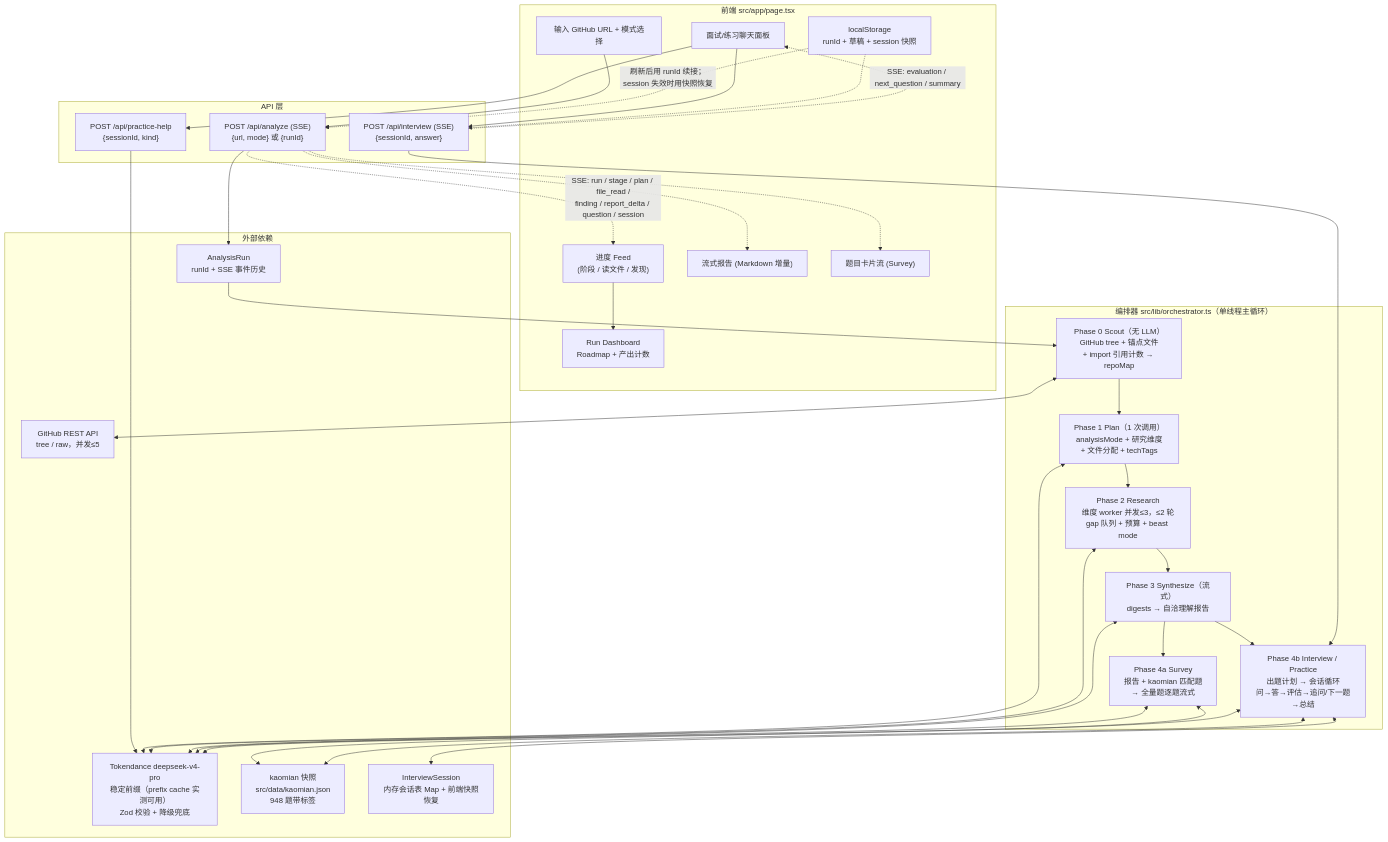
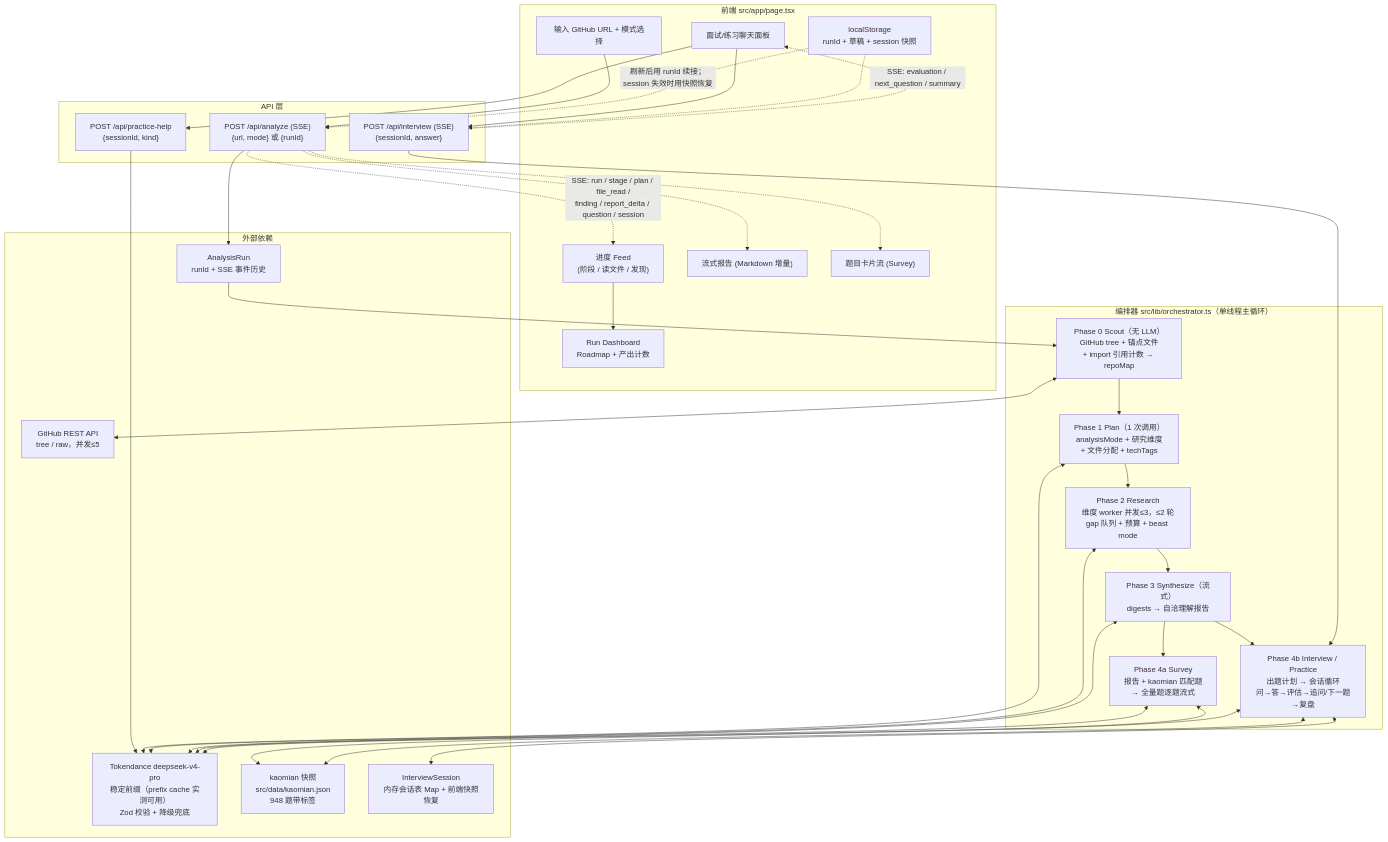
Before and after one commit to MistySun19/PKU-AI-Interviewer: the diagram in docs/ARCHITECTURE.md, drawn with Mermaid. The commit also changed other lines of this file and 8 other files, not shown here.

````diff
--- a/docs/ARCHITECTURE.md
+++ b/docs/ARCHITECTURE.md
@@ -13,59 +13,59 @@
 ```mermaid
 flowchart TD
     subgraph FE["前端 src/app/page.tsx"]
         INPUT["输入 GitHub URL + 模式选择"]
         FEED["进度 Feed<br/>(阶段 / 读文件 / 发现)"]
         DASH["Run Dashboard<br/>Roadmap + 产出计数"]
         REPORT["流式报告 (Markdown 增量)"]
         CARDS["题目卡片流 (Survey)"]
         CHAT["面试/练习聊天面板"]
         LOCAL["localStorage<br/>runId + 草稿 + session 快照"]
     end
 
     subgraph API["API 层"]
         ANALYZE["POST /api/analyze (SSE)<br/>{url, mode} 或 {runId}"]
         INTERVIEW["POST /api/interview (SSE)<br/>{sessionId, answer}"]
         HELP["POST /api/practice-help<br/>{sessionId, kind}"]
     end
 
     subgraph ORCH["编排器 src/lib/orchestrator.ts（单线程主循环）"]
         P0["Phase 0 Scout（无 LLM）<br/>GitHub tree + 锚点文件<br/>+ import 引用计数 → repoMap"]
         P1["Phase 1 Plan（1 次调用）<br/>analysisMode + 研究维度<br/>+ 文件分配 + techTags"]
         P2["Phase 2 Research<br/>维度 worker 并发≤3，≤2 轮<br/>gap 队列 + 预算 + beast mode"]
         P3["Phase 3 Synthesize（流式）<br/>digests → 自洽理解报告"]
         P4A["Phase 4a Survey<br/>报告 + kaomian 匹配题<br/>→ 全量题逐题流式"]
-        P4B["Phase 4b Interview / Practice<br/>出题计划 → 会话循环<br/>问→答→评估→追问/下一题→总结"]
+        P4B["Phase 4b Interview / Practice<br/>出题计划 → 会话循环<br/>问→答→评估→追问/下一题→复盘"]
     end
 
     subgraph EXT["外部依赖"]
         GH["GitHub REST API<br/>tree / raw，并发≤5"]
         LLM["Tokendance deepseek-v4-pro<br/>稳定前缀（prefix cache 实测可用）<br/>Zod 校验 + 降级兜底"]
         KAOMIAN["kaomian 快照<br/>src/data/kaomian.json<br/>948 题带标签"]
         RUNS["AnalysisRun<br/>runId + SSE 事件历史"]
         SESS["InterviewSession<br/>内存会话表 Map + 前端快照恢复"]
     end
 
     INPUT --> ANALYZE
     ANALYZE --> RUNS
     RUNS --> P0 --> P1 --> P2 --> P3
     P3 --> P4A
     P3 --> P4B
     P4B <--> SESS
     CHAT --> INTERVIEW --> P4B
     CHAT --> HELP --> LLM
     P0 <--> GH
     P1 <--> LLM
     P2 <--> LLM
     P3 <--> LLM
     P4A <--> LLM
     P4B <--> LLM
     P4A <--> KAOMIAN
     P4B <--> KAOMIAN
     ANALYZE -. "SSE: run / stage / plan / file_read /<br/>finding / report_delta / question / session" .-> FEED
     FEED --> DASH
     ANALYZE -.-> REPORT
     ANALYZE -.-> CARDS
     INTERVIEW -. "SSE: evaluation / next_question / summary" .-> CHAT
     LOCAL -. "刷新后用 runId 续接；session 失效时用快照恢复" .-> ANALYZE
     LOCAL -.-> INTERVIEW
 ```
````
